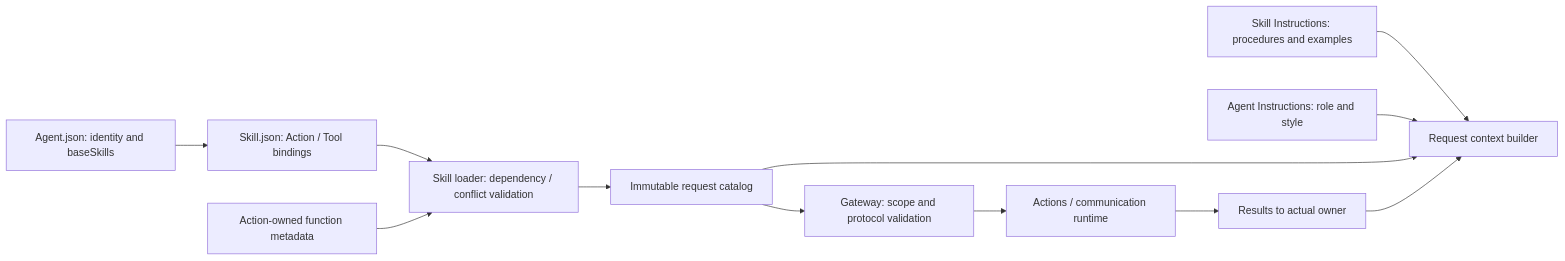
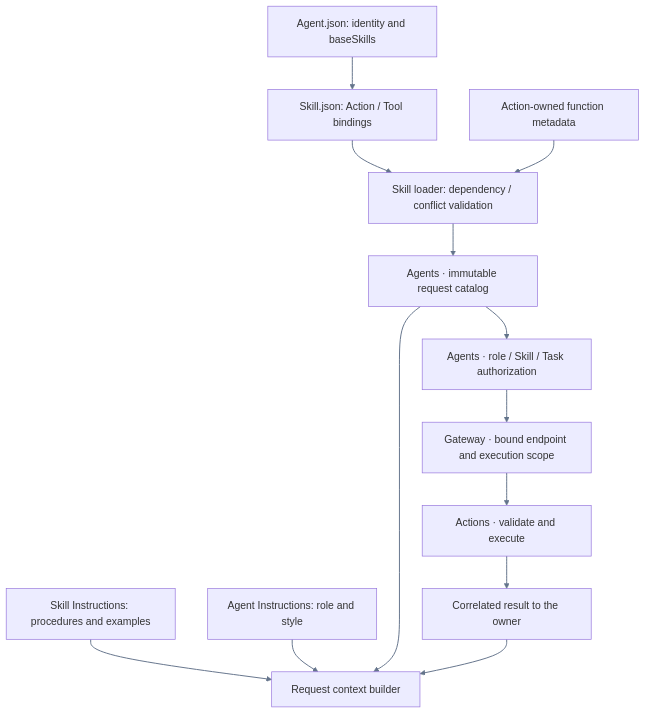
One commit to devilyouwei/MobileHarness changed the third of 3 diagrams in MobileHarness/Resources/README.md. Above: the diagram before and after it, drawn with Mermaid. The commit also changed other lines of this file and 115 other files, not shown here.

````diff
--- a/MobileHarness/Resources/README.md
+++ b/MobileHarness/Resources/README.md
@@ -83,14 +80,16 @@
 ```mermaid
-flowchart LR
+flowchart TB
  A[Agent.json: identity and baseSkills] --> S[Skill.json: Action / Tool bindings]
  S --> L[Skill loader: dependency / conflict validation]
  M[Action-owned function metadata] --> L
  C[Skill Instructions: procedures and examples] --> P[Request context builder]
  R[Agent Instructions: role and style] --> P
- L --> F[Immutable request catalog]
+ L --> F["Agents · immutable request catalog"]
  F --> P
- F --> G[Gateway: scope and protocol validation]
- G --> E[Actions / communication runtime]
- E --> O[Results to actual owner]
+ F --> A1["Agents · role / Skill / Task authorization"]
+ A1 --> G["Gateway · bound endpoint and execution scope"]
+ G --> E["Actions · validate and execute"]
+ E --> O["Correlated result to the owner"]
  O --> P
+    linkStyle default stroke:#64748b,stroke-width:1.5px
 ```
````
